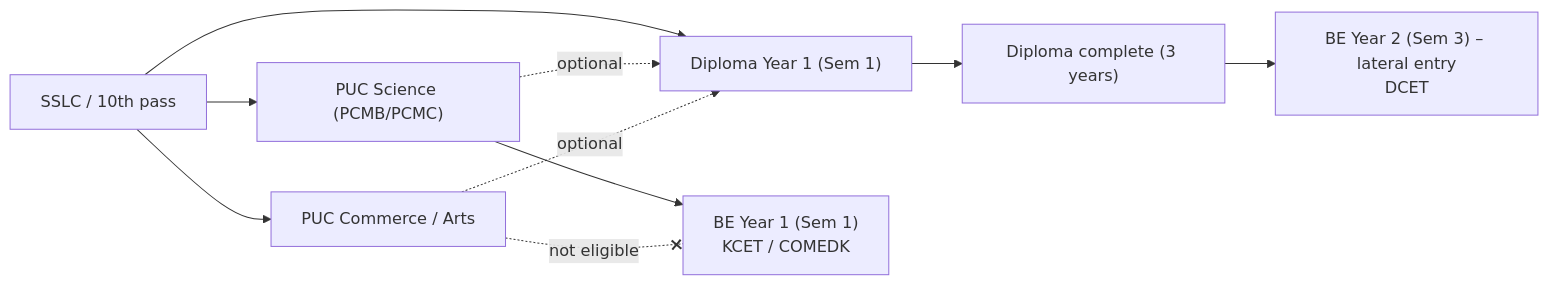
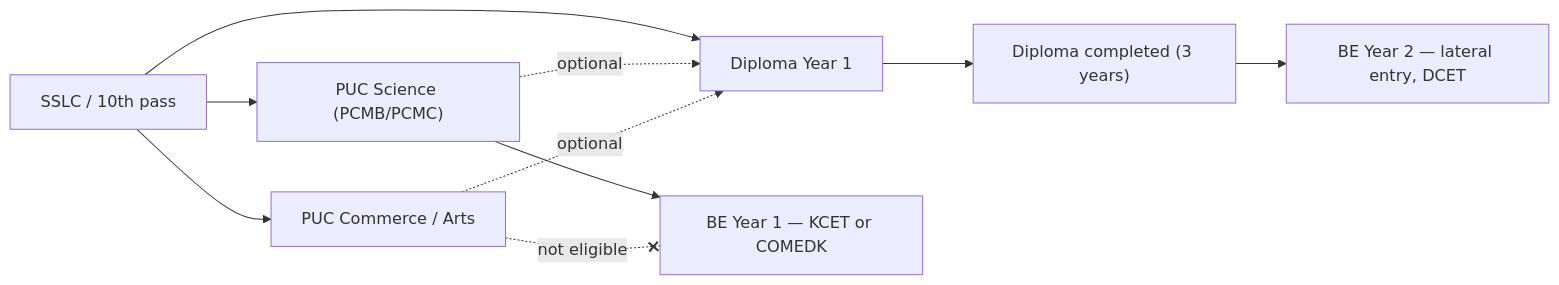
One commit to PavaS279/Kasetti-Education-Management changed the second of 5 diagrams in docs/COLLEGE-DESIGN.md. Above: the diagram before and after it, drawn with Mermaid. The commit also changed other lines of this file and 3 other files, not shown here.

First line of the commit message:
Docs: college design version 2 (C0 technical architecture), ADR-005 proposed

````diff
--- a/docs/COLLEGE-DESIGN.md
+++ b/docs/COLLEGE-DESIGN.md
@@ -197,12 +238,12 @@
 ```mermaid
 flowchart LR
     SSLC["SSLC / 10th pass"] --> PUC_S["PUC Science (PCMB/PCMC)"]
     SSLC --> PUC_O["PUC Commerce / Arts"]
-    SSLC --> DIP1["Diploma Year 1 (Sem 1)"]
-    PUC_S --> BE1["BE Year 1 (Sem 1)\nKCET / COMEDK"]
+    SSLC --> DIP1["Diploma Year 1"]
+    PUC_S --> BE1["BE Year 1 — KCET or COMEDK"]
     PUC_S -. optional .-> DIP1
     PUC_O -. optional .-> DIP1
-    DIP1 --> DIP3["Diploma complete (3 years)"]
-    DIP3 --> BE2["BE Year 2 (Sem 3) – lateral entry\nDCET"]
+    DIP1 --> DIPC["Diploma completed (3 years)"]
+    DIPC --> BE2["BE Year 2 — lateral entry, DCET"]
     PUC_O -. "not eligible" .-x BE1
 ```
````
